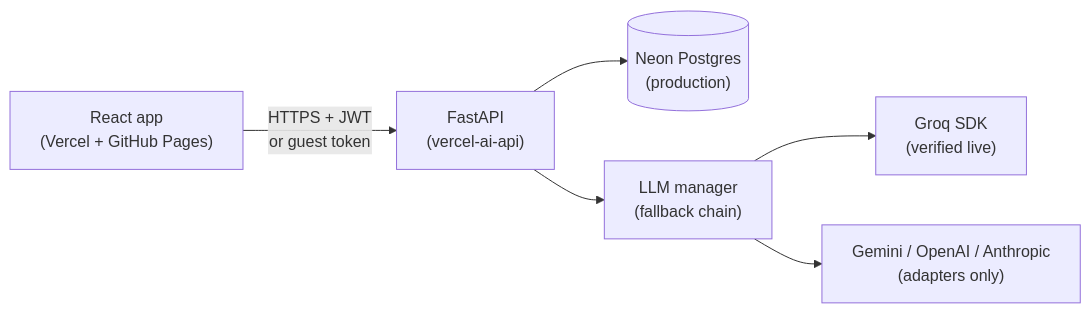
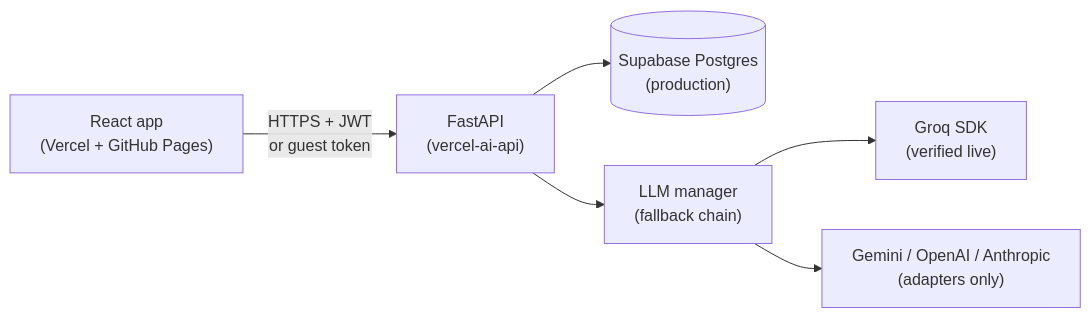
The diagram in docs/PROJECT_OVERVIEW.md (astroelaa/codementor-ai), drawn with Mermaid before and after one commit. The commit also changed other lines of this file and 12 other files, not shown here.

Commit message:
docs: document Supabase architecture and RLS

````diff
--- a/docs/PROJECT_OVERVIEW.md
+++ b/docs/PROJECT_OVERVIEW.md
@@ -56,8 +60,8 @@
 ```mermaid
 flowchart LR
     Browser["React app<br/>(Vercel + GitHub Pages)"] -->|HTTPS + JWT<br/>or guest token| API["FastAPI<br/>(vercel-ai-api)"]
-    API --> DB[("Neon Postgres<br/>(production)")]
+    API --> DB[("Supabase Postgres<br/>(production)")]
     API --> LLM["LLM manager<br/>(fallback chain)"]
     LLM --> G["Groq SDK<br/>(verified live)"]
     LLM --> F["Gemini / OpenAI / Anthropic<br/>(adapters only)"]
 ```
````
